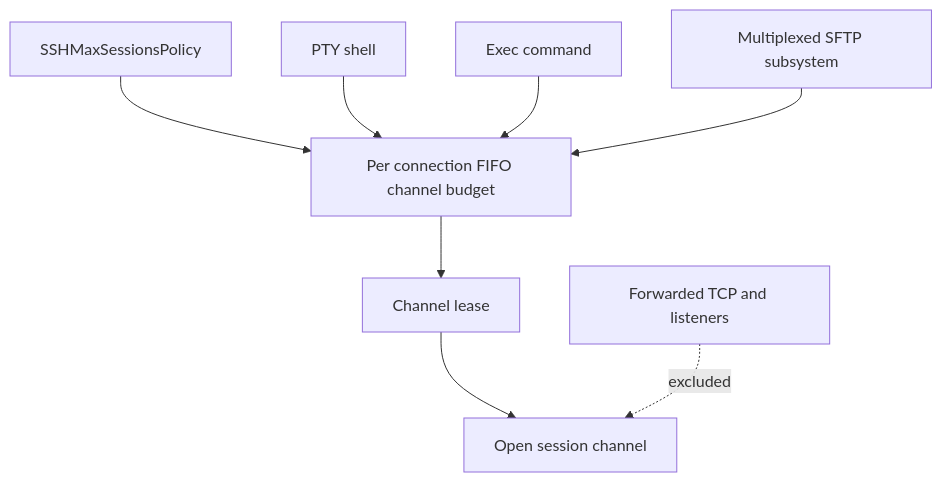
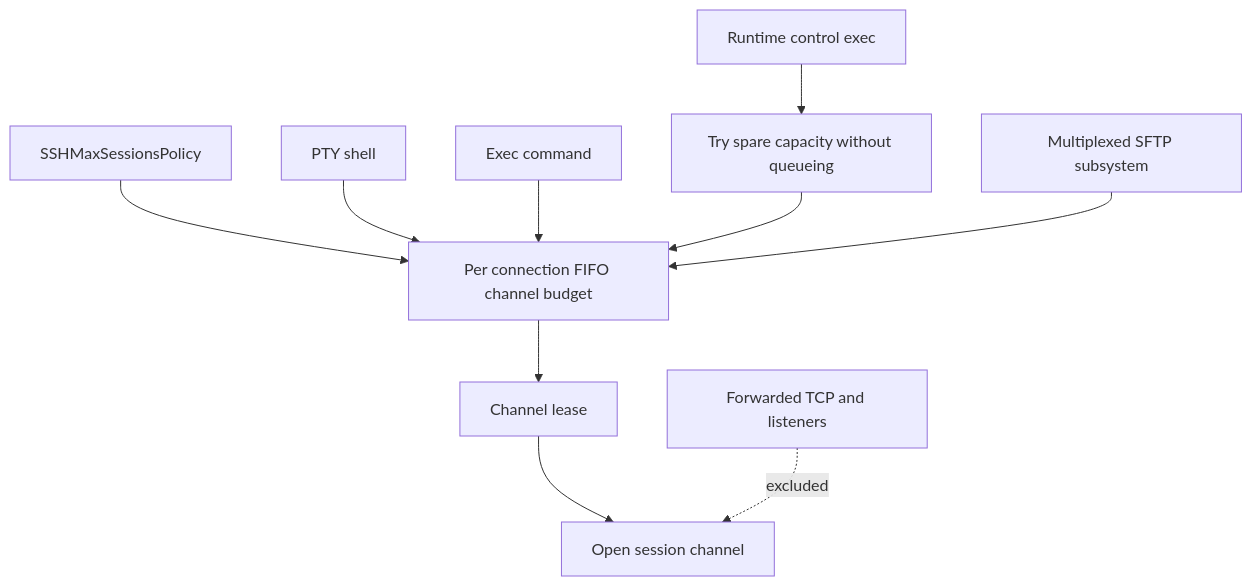
The first of 3 diagrams in openwiki/concepts/remote-services-and-forwarding.md (AkinoKaede/Termind), drawn with Mermaid before and after one commit. The commit also changed other lines of this file and 65 other files, not shown here.

````diff
--- a/openwiki/concepts/remote-services-and-forwarding.md
+++ b/openwiki/concepts/remote-services-and-forwarding.md
@@ -128,10 +138,12 @@
 ```mermaid
 flowchart TD
     Policy["SSHMaxSessionsPolicy"] --> Budget["Per connection FIFO channel budget"]
     Pty["PTY shell"] --> Budget
     Exec["Exec command"] --> Budget
+    Runtime["Runtime control exec"] --> Immediate["Try spare capacity without queueing"]
+    Immediate --> Budget
     Sftp["Multiplexed SFTP subsystem"] --> Budget
     Budget --> Lease["Channel lease"]
     Lease --> Open["Open session channel"]
     Tcp["Forwarded TCP and listeners"] -. "excluded" .-> Open
 ```
````
